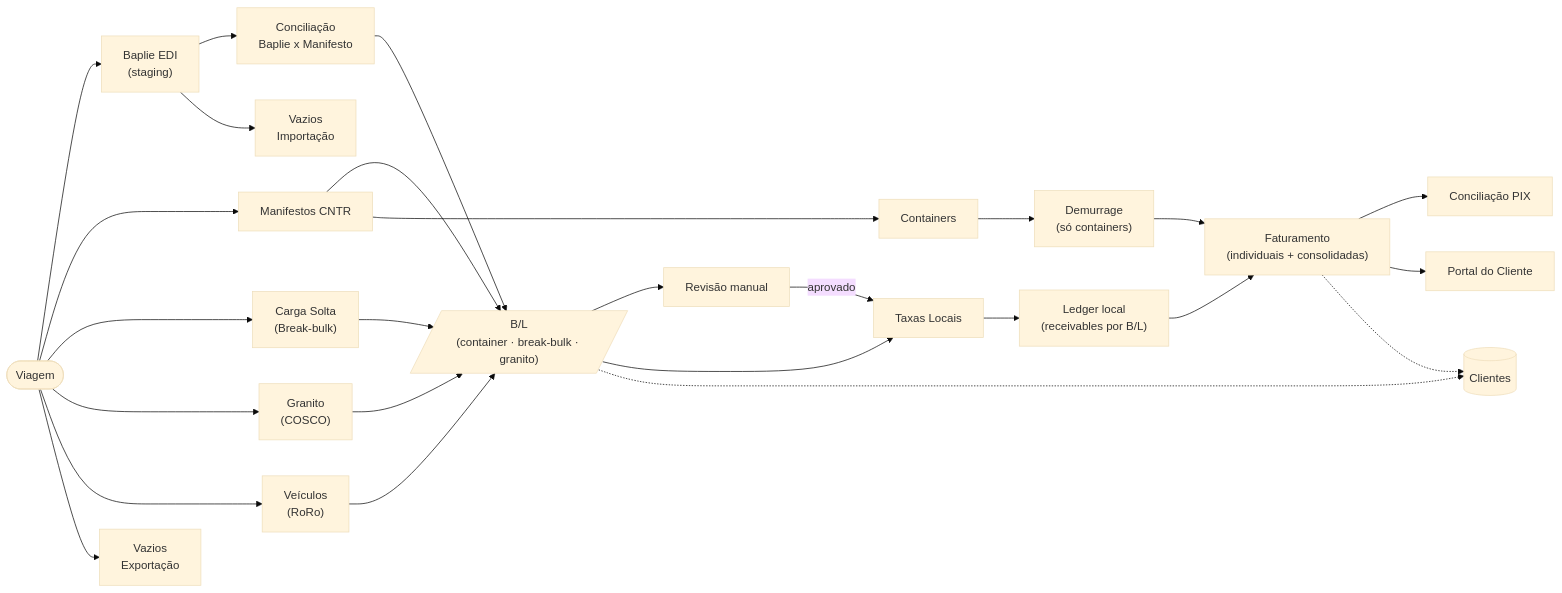
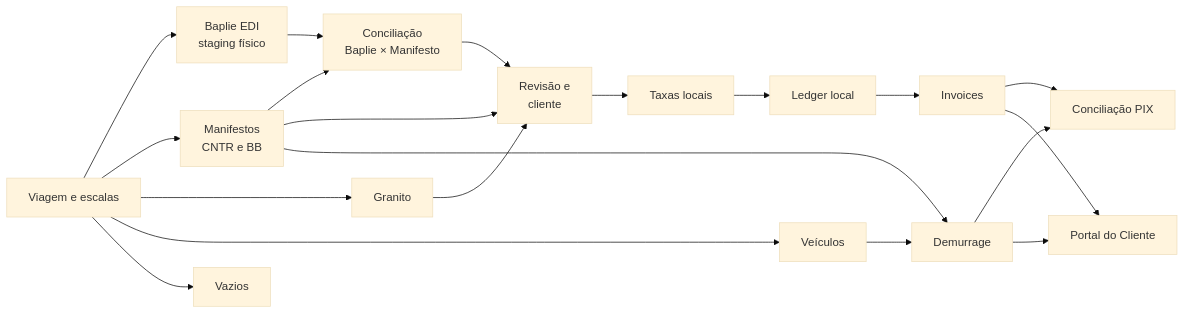
The second of 2 diagrams in docs/ARCHITECTURE.md (luccafwlog/transhippingdesk), drawn with Mermaid (base theme) before and after one commit. The commit also changed other lines of this file and 26 other files, not shown here.

````diff
--- a/docs/ARCHITECTURE.md
+++ b/docs/ARCHITECTURE.md
@@ -52,36 +93,37 @@
 ```mermaid
 flowchart LR
-    Viagem(["Viagem"])
+    Voyage["Viagem e escalas"]
+    Baplie["Baplie EDI<br/>staging físico"]
+    Manifest["Manifestos<br/>CNTR e BB"]
+    Granite["Granito"]
+    Vehicles["Veículos"]
+    Empty["Vazios"]
+    Reconcile["Conciliação<br/>Baplie × Manifesto"]
+    Review["Revisão e<br/>cliente"]
+    Charges["Taxas locais"]
+    Ledger["Ledger local"]
+    Invoice["Invoices"]
+    Demurrage["Demurrage"]
+    Pix["Conciliação PIX"]
+    ClientPortal["Portal do Cliente"]
 
-    Viagem --> BaplieEDI["Baplie EDI<br/>(staging)"]
-    BaplieEDI --> ConcilBaplie["Conciliação<br/>Baplie x Manifesto"]
-    BaplieEDI --> VaziosIMP["Vazios<br/>Importação"]
-
-    Viagem --> ManifCNTR["Manifestos CNTR"]
-    Viagem --> ManifBB["Carga Solta<br/>(Break-bulk)"]
-    Viagem --> ManifGranito["Granito<br/>(COSCO)"]
-    Viagem --> Veiculos["Veículos<br/>(RoRo)"]
-    Viagem --> VaziosEXP["Vazios<br/>Exportação"]
-
-    ConcilBaplie --> BL[/"B/L<br/>(container · break-bulk · granito)"/]
-    ManifCNTR --> BL
-    ManifBB --> BL
-    ManifGranito --> BL
-    Veiculos --> BL
-    ManifCNTR --> Containers["Containers"]
-
-    BL --> Revisao["Revisão manual"]
-    Revisao -- aprovado --> TaxasLocais["Taxas Locais"]
-    BL --> TaxasLocais
-    Containers --> Demurrage["Demurrage<br/>(só containers)"]
-
-    TaxasLocais --> Ledger["Ledger local<br/>(receivables por B/L)"]
-    Ledger --> Faturamento["Faturamento<br/>(individuais + consolidadas)"]
-    Demurrage --> Faturamento
-    Faturamento --> ConcilPIX["Conciliação PIX"]
-    Faturamento --> Portal["Portal do Cliente"]
-
-    Clientes[("Clientes")]
-    BL -.-> Clientes
-    Faturamento -.-> Clientes
+    Voyage --> Baplie
+    Voyage --> Manifest
+    Voyage --> Granite
+    Voyage --> Vehicles
+    Voyage --> Empty
+    Baplie --> Reconcile
+    Manifest --> Reconcile
+    Reconcile --> Review
+    Manifest --> Review
+    Granite --> Review
+    Review --> Charges
+    Charges --> Ledger
+    Ledger --> Invoice
+    Vehicles --> Demurrage
+    Manifest --> Demurrage
+    Demurrage --> Pix
+    Invoice --> Pix
+    Invoice --> ClientPortal
+    Demurrage --> ClientPortal
 ```
````
